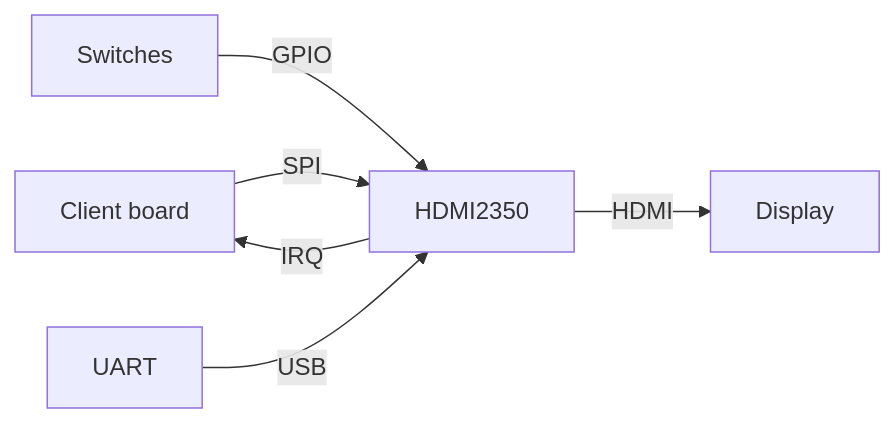
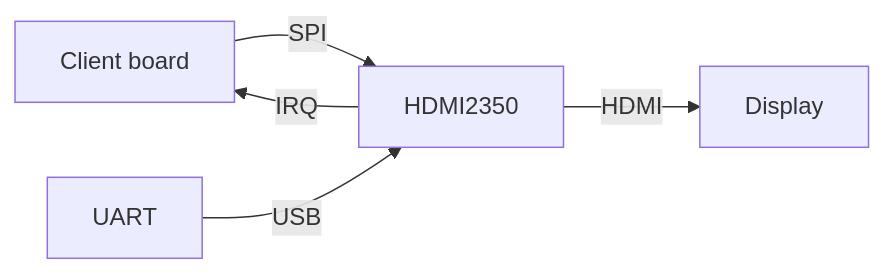
One commit to elsteveogrande/hdmi2350 changed the diagram in README.md. Above: the diagram before and after it, drawn with Mermaid. The commit also changed other lines of this file and 6 other files, not shown here.

````diff
--- a/README.md
+++ b/README.md
@@ -15,8 +15,7 @@
 ```mermaid
 graph LR
   Client[Client board] -- SPI --> HDMI2350
   HDMI2350 -- IRQ --> Client
-  Switches -- GPIO --> HDMI2350
   UART -- USB --> HDMI2350
   HDMI2350 -- HDMI --> Display
 ```
````
